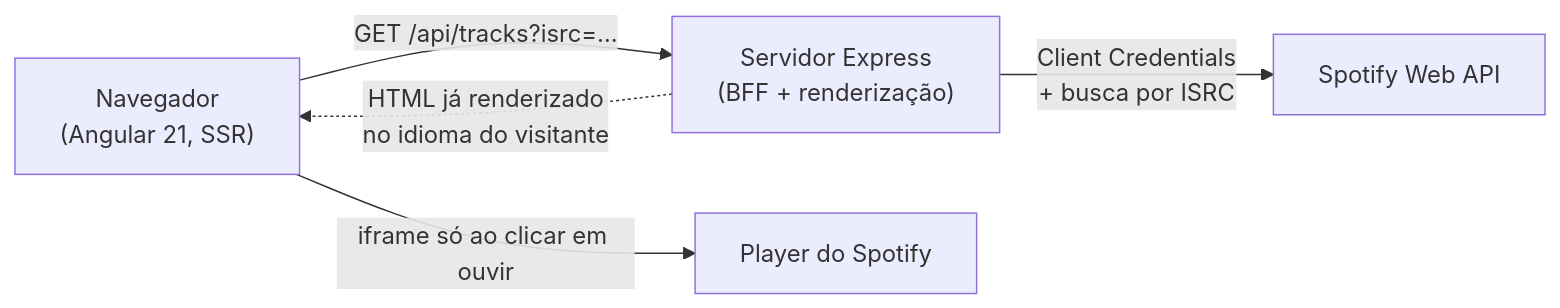
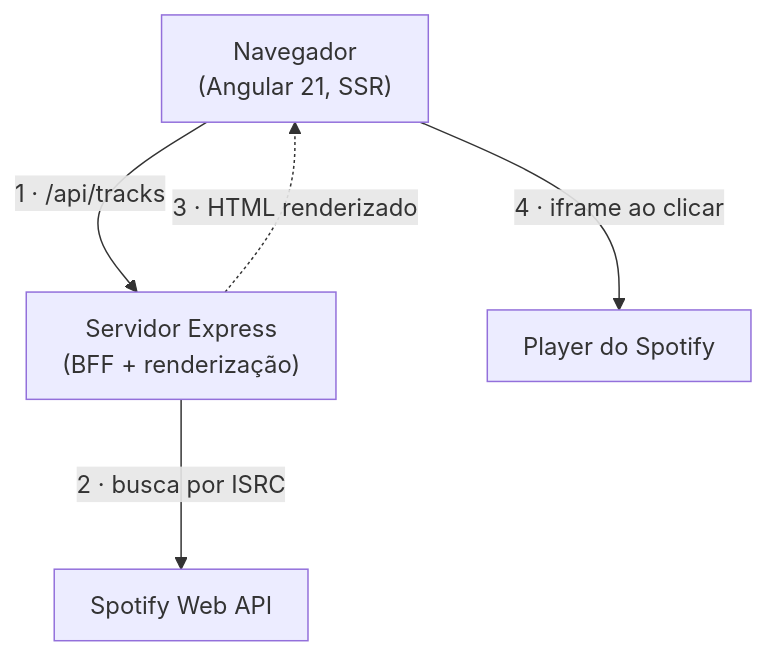
One commit to AlyssonMascarenhas/onerpm-challenge changed the diagram in README.md. Above: the diagram before and after it, drawn with Mermaid. The commit also changed other lines of this file, not shown here.

Commit message:
docs: fix overlapping labels in the how-it-works diagram
Switch the Mermaid flowchart to a top-down layout with more spacing and
short numbered edge labels; the detail moves to a numbered list below.

````diff
--- a/README.md
+++ b/README.md
@@ -53,7 +53,13 @@
 ```mermaid
-flowchart LR
-  B["Navegador<br/>(Angular 21, SSR)"] -- "GET /api/tracks?isrc=…" --> S["Servidor Express<br/>(BFF + renderização)"]
-  S -- "Client Credentials<br/>+ busca por ISRC" --> P["Spotify Web API"]
-  S -. "HTML já renderizado<br/>no idioma do visitante" .-> B
-  B -- "iframe só ao clicar em ouvir" --> E["Player do Spotify"]
+%%{init: {"flowchart": {"nodeSpacing": 70, "rankSpacing": 90, "padding": 12}}}%%
+flowchart TB
+  B["Navegador<br/>(Angular 21, SSR)"]
+  S["Servidor Express<br/>(BFF + renderização)"]
+  P["Spotify Web API"]
+  E["Player do Spotify"]
+
+  B -- "1 · /api/tracks" --> S
+  S -- "2 · busca por ISRC" --> P
+  S -. "3 · HTML renderizado" .-> B
+  B -- "4 · iframe ao clicar" --> E
 ```
````
